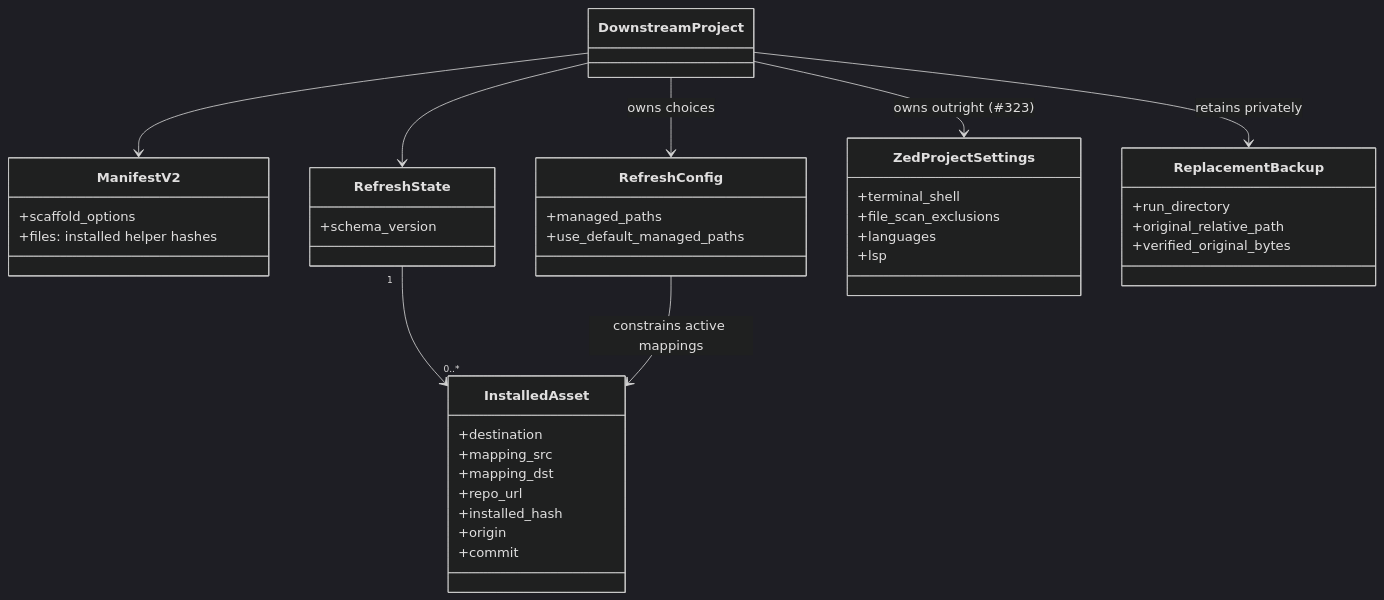
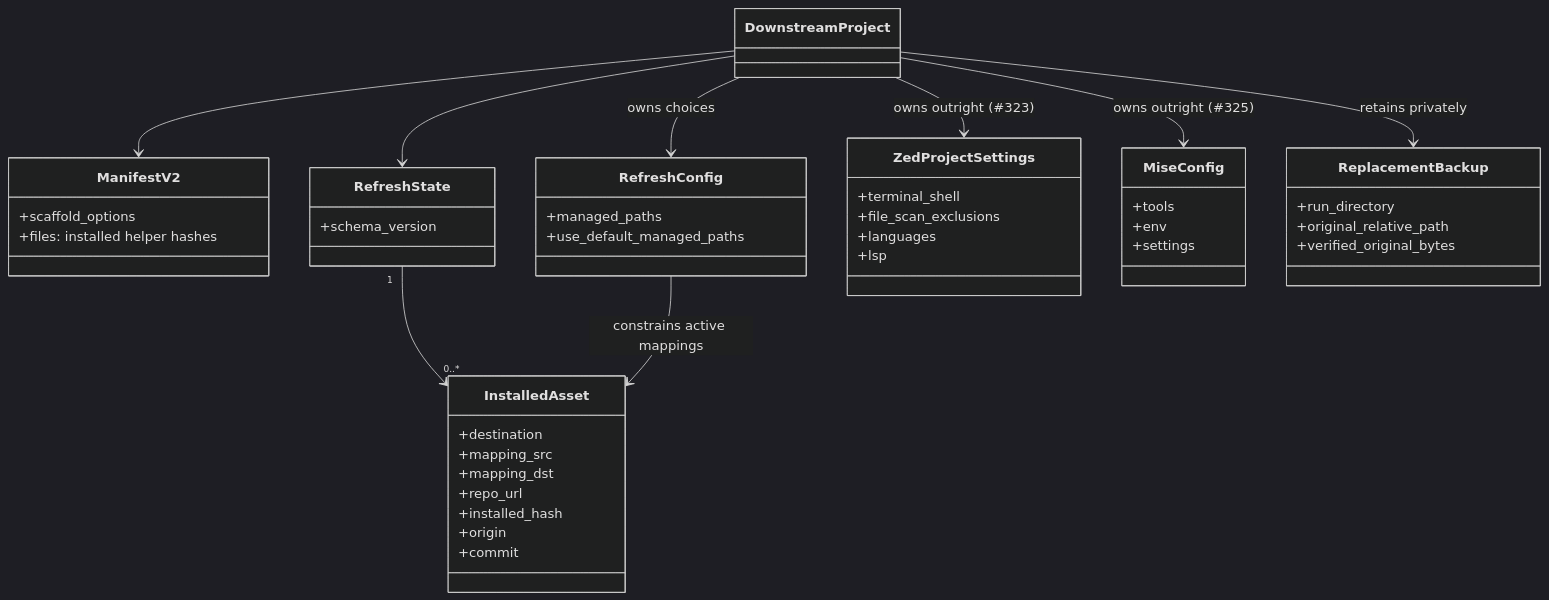
The fourth of 5 diagrams in docs/design/shared/class.md (TE-ToshiakiTanaka2/tarnished), drawn with Mermaid (dark theme) before and after one commit. The commit also changed other lines of this file and 76 other files, not shown here.

````diff
--- a/docs/design/shared/class.md
+++ b/docs/design/shared/class.md
@@ -136,42 +136,48 @@
 ```mermaid
 classDiagram
     class DownstreamProject
     class ManifestV2 {
         +scaffold_options
         +files: installed helper hashes
     }
     class RefreshConfig {
         +managed_paths
         +use_default_managed_paths
     }
     class RefreshState {
         +schema_version
     }
     class ZedProjectSettings {
         +terminal_shell
         +file_scan_exclusions
         +languages
         +lsp
     }
     DownstreamProject --> ZedProjectSettings : owns outright (#323)
+    class MiseConfig {
+        +tools
+        +env
+        +settings
+    }
+    DownstreamProject --> MiseConfig : owns outright (#325)
     class ReplacementBackup {
         +run_directory
         +original_relative_path
         +verified_original_bytes
     }
     DownstreamProject --> ReplacementBackup : retains privately
     class InstalledAsset {
         +destination
         +mapping_src
         +mapping_dst
         +repo_url
         +installed_hash
         +origin
         +commit
     }
     DownstreamProject --> ManifestV2
     DownstreamProject --> RefreshConfig : owns choices
     DownstreamProject --> RefreshState
     RefreshState "1" --> "0..*" InstalledAsset
     RefreshConfig --> InstalledAsset : constrains active mappings
 ```
````
